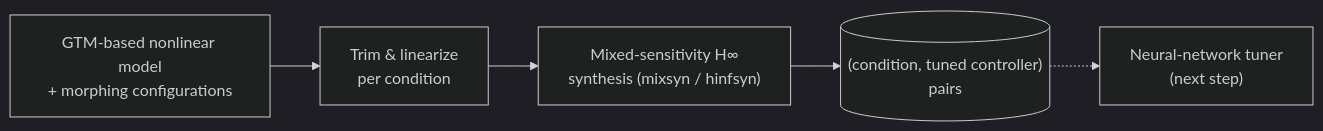
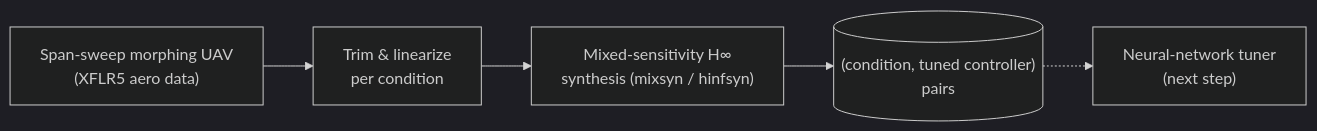
One commit to jihoonlee91/morphing-hinf-control-learning changed the diagram in README.md. Above: the diagram before and after it, drawn with Mermaid (dark theme). The commit also changed other lines of this file, not shown here.

````diff
--- a/README.md
+++ b/README.md
@@ -20,7 +20,7 @@
 ```mermaid
 flowchart LR
-    A["GTM-based nonlinear model<br/>+ morphing configurations"] --> B["Trim & linearize<br/>per condition"]
+    A["Span-sweep morphing UAV<br/>(XFLR5 aero data)"] --> B["Trim & linearize<br/>per condition"]
     B --> C["Mixed-sensitivity H∞<br/>synthesis (mixsyn / hinfsyn)"]
     C --> D[("(condition, tuned controller)<br/>pairs")]
     D -.-> E["Neural-network tuner<br/>(next step)"]
 ```
````
